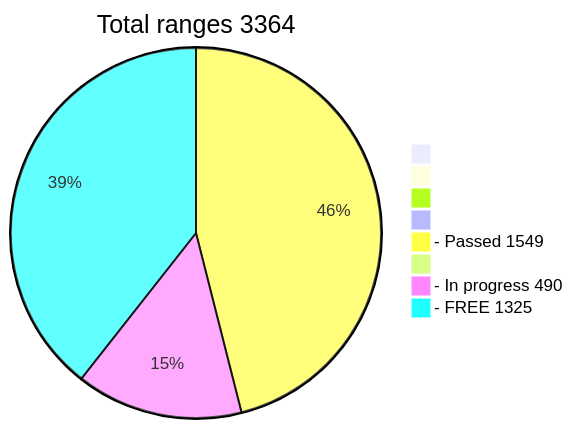
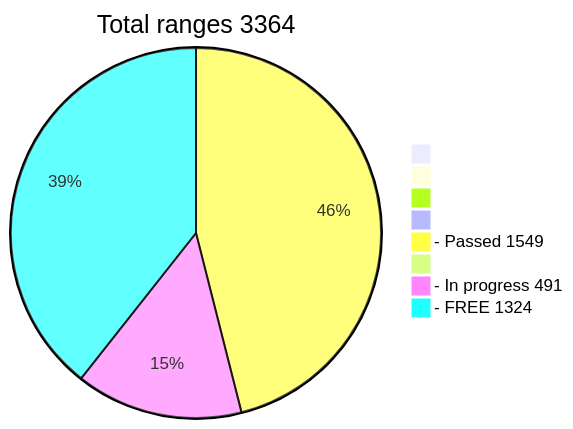
One commit to phrutis/wif500 changed the diagram in README.md. Above: the diagram before and after it, drawn with Mermaid.

````diff
--- a/README.md
+++ b/README.md
@@ -16,12 +16,12 @@
 ```mermaid
 pie title Total ranges 3364
              " " : 0
             "  " : 0
            "   " : 0
           "    " : 0
   "- Passed 1549" : 1549
          "     " : 0
-  "- In progress 490" : 490
-   "- FREE 1325" : 1325
+  "- In progress 491" : 491
+   "- FREE 1324" : 1324
    
 ```
````
